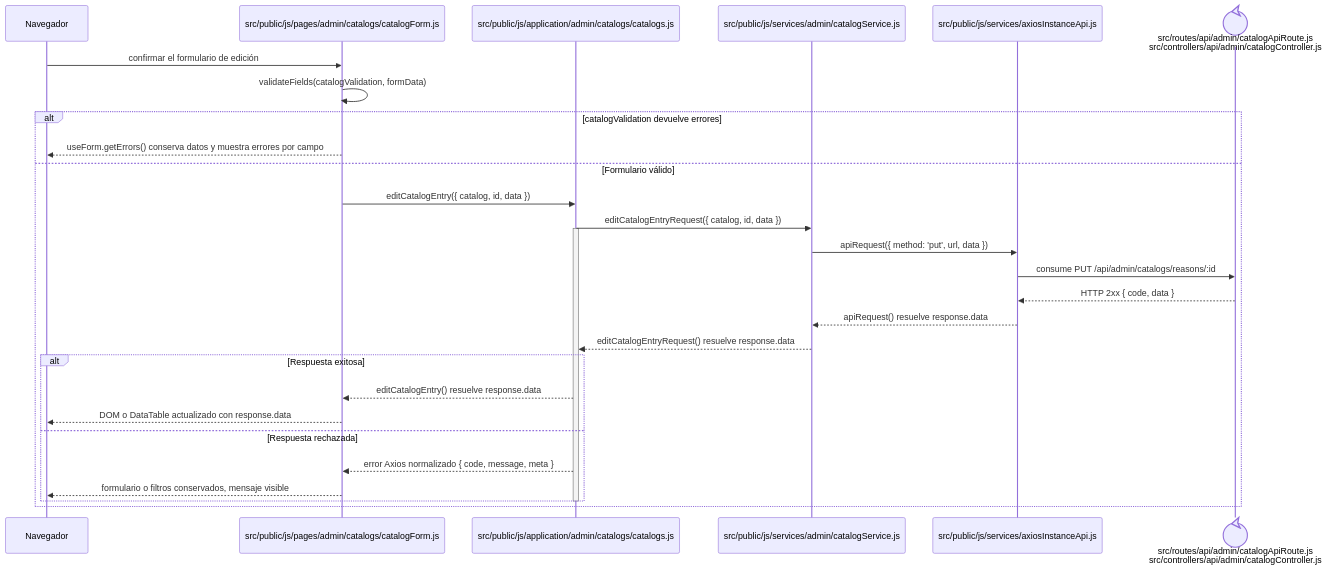
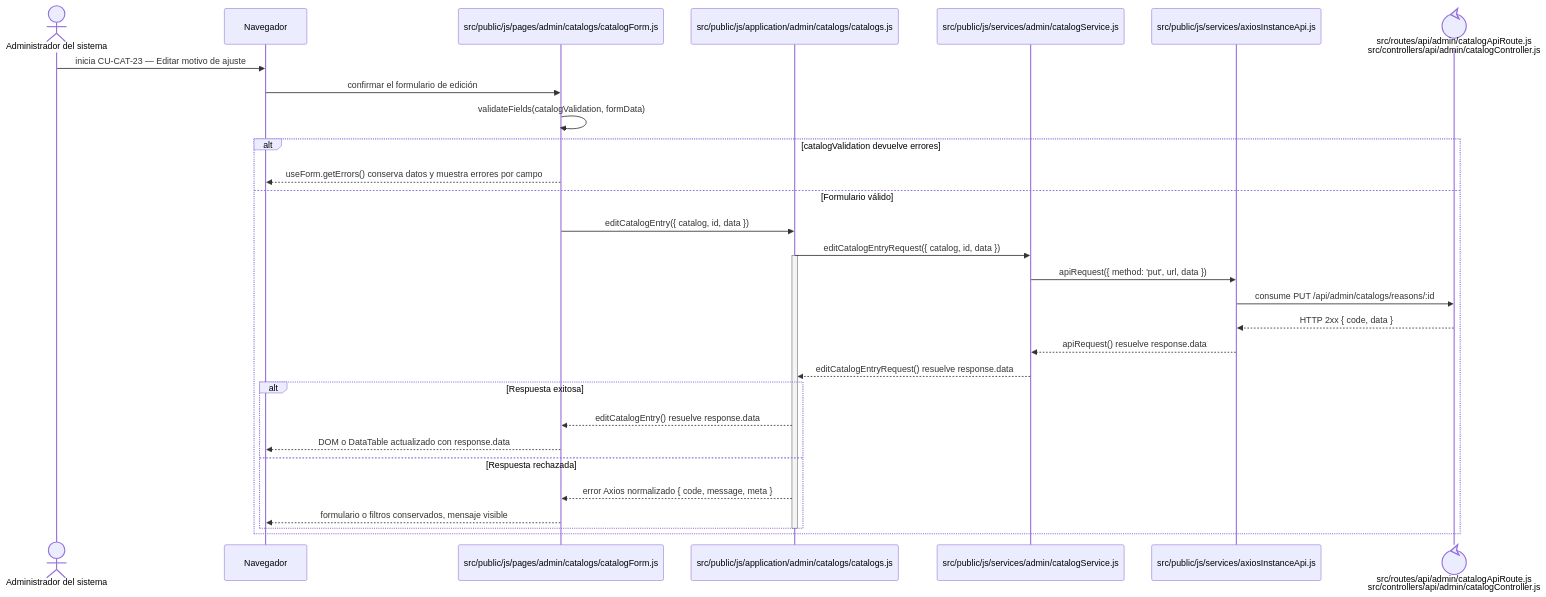
The diagram in docs/architecture/frontend-code-sequences/catalogs/cu-cat-23.md (gpgsistemas01/nexus), drawn with Mermaid before and after one commit. The commit also changed 105 other files, not shown here.

````diff
--- a/docs/architecture/frontend-code-sequences/catalogs/cu-cat-23.md
+++ b/docs/architecture/frontend-code-sequences/catalogs/cu-cat-23.md
@@ -6,32 +6,34 @@
 ```mermaid
 sequenceDiagram
+    actor Initiator as Administrador del sistema
     participant Browser as Navegador
     participant View as src/public/js/pages/admin/catalogs/catalogForm.js
     participant Application as src/public/js/application/admin/catalogs/catalogs.js
     participant Request as src/public/js/services/admin/catalogService.js
     participant HTTP as src/public/js/services/axiosInstanceApi.js
     participant Transport@{ "type": "control" } as src/routes/api/admin/catalogApiRoute.js<br/>src/controllers/api/admin/catalogController.js
 
+    Initiator->>Browser: inicia CU-CAT-23 — Editar motivo de ajuste
     Browser->>View: confirmar el formulario de edición
     View->>View: validateFields(catalogValidation, formData)
     alt catalogValidation devuelve errores
         View-->>Browser: useForm.getErrors() conserva datos y muestra errores por campo
     else Formulario válido
         View->>Application: editCatalogEntry({ catalog, id, data })
         Application->>Request: editCatalogEntryRequest({ catalog, id, data })
         activate Application
         Request->>HTTP: apiRequest({ method: 'put', url, data })
         HTTP->>Transport: consume PUT /api/admin/catalogs/reasons/:id
         Transport-->>HTTP: HTTP 2xx { code, data }
         HTTP-->>Request: apiRequest() resuelve response.data
         Request-->>Application: editCatalogEntryRequest() resuelve response.data
         alt Respuesta exitosa
             Application-->>View: editCatalogEntry() resuelve response.data
             View-->>Browser: DOM o DataTable actualizado con response.data
         else Respuesta rechazada
             Application-->>View: error Axios normalizado { code, message, meta }
             View-->>Browser: formulario o filtros conservados, mensaje visible
         end
         deactivate Application
     end
 ```
````
